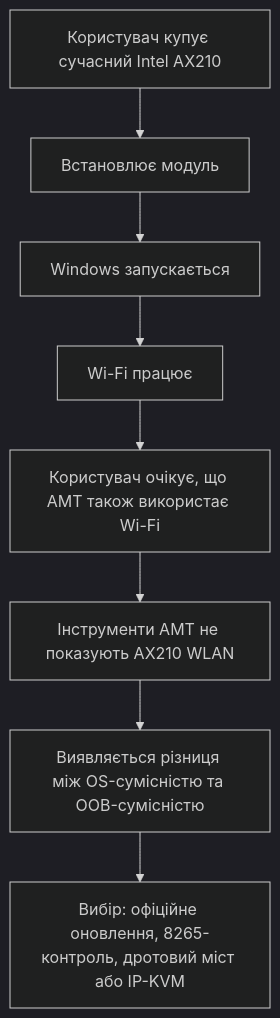
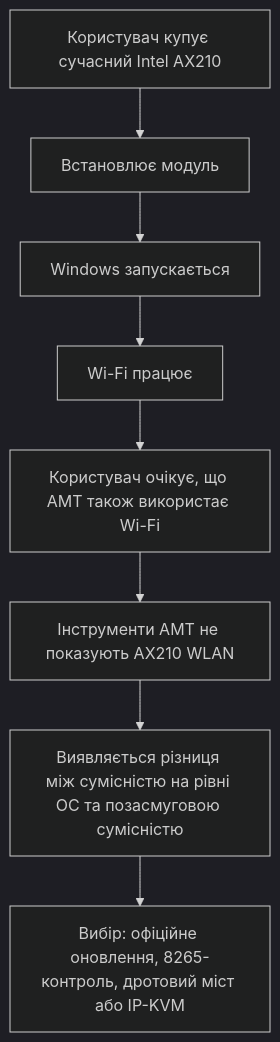
Before and after one commit to Tarasevych/hp-elitebook-840-g5-ax210-amt-wifi-compatibility-Ukrainian: the third of 5 diagrams in docs/звіт-сумісності.md, drawn with Mermaid (dark theme). The commit also changed other lines of this file and 22 other files, not shown here.

````diff
--- a/docs/звіт-сумісності.md
+++ b/docs/звіт-сумісності.md
@@ -154,10 +154,10 @@
 ```mermaid
 flowchart TB
     A["Користувач купує сучасний Intel AX210"] --> B["Встановлює модуль"]
     B --> C["Windows запускається"]
     C --> D["Wi-Fi працює"]
     D --> E["Користувач очікує, що AMT також використає Wi-Fi"]
     E --> F["Інструменти AMT не показують AX210 WLAN"]
-    F --> G["Виявляється різниця між OS-сумісністю та OOB-сумісністю"]
+    F --> G["Виявляється різниця між сумісністю на рівні ОС та позасмуговою сумісністю"]
     G --> H["Вибір: офіційне оновлення, 8265-контроль, дротовий міст або IP-KVM"]
 ```
````
